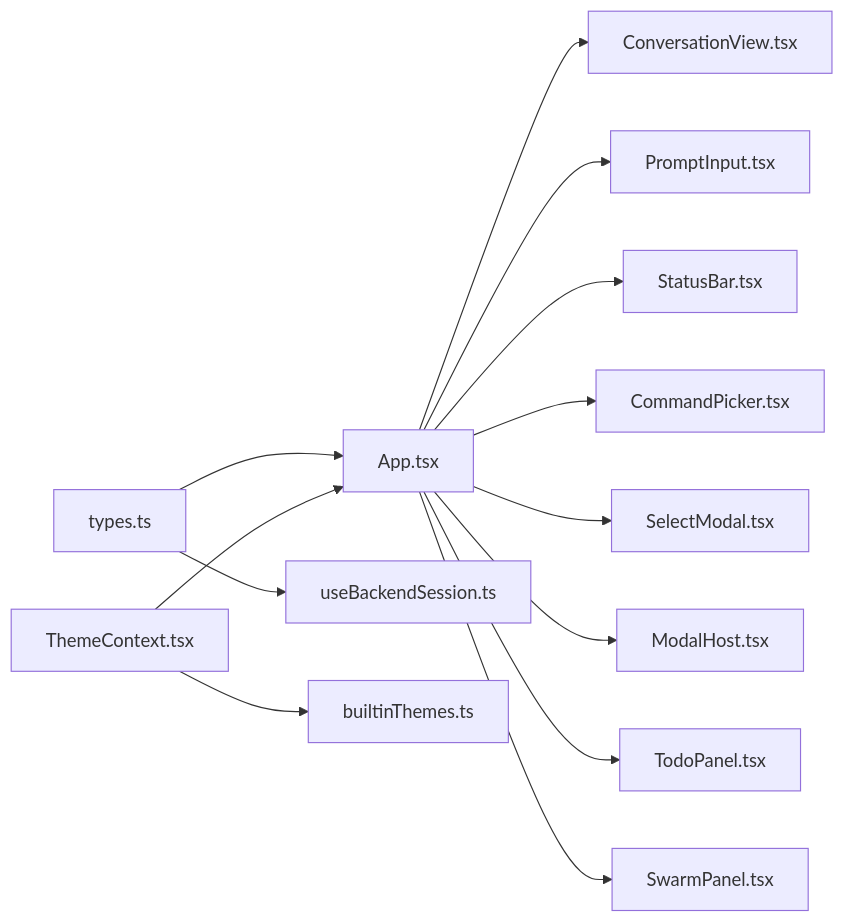
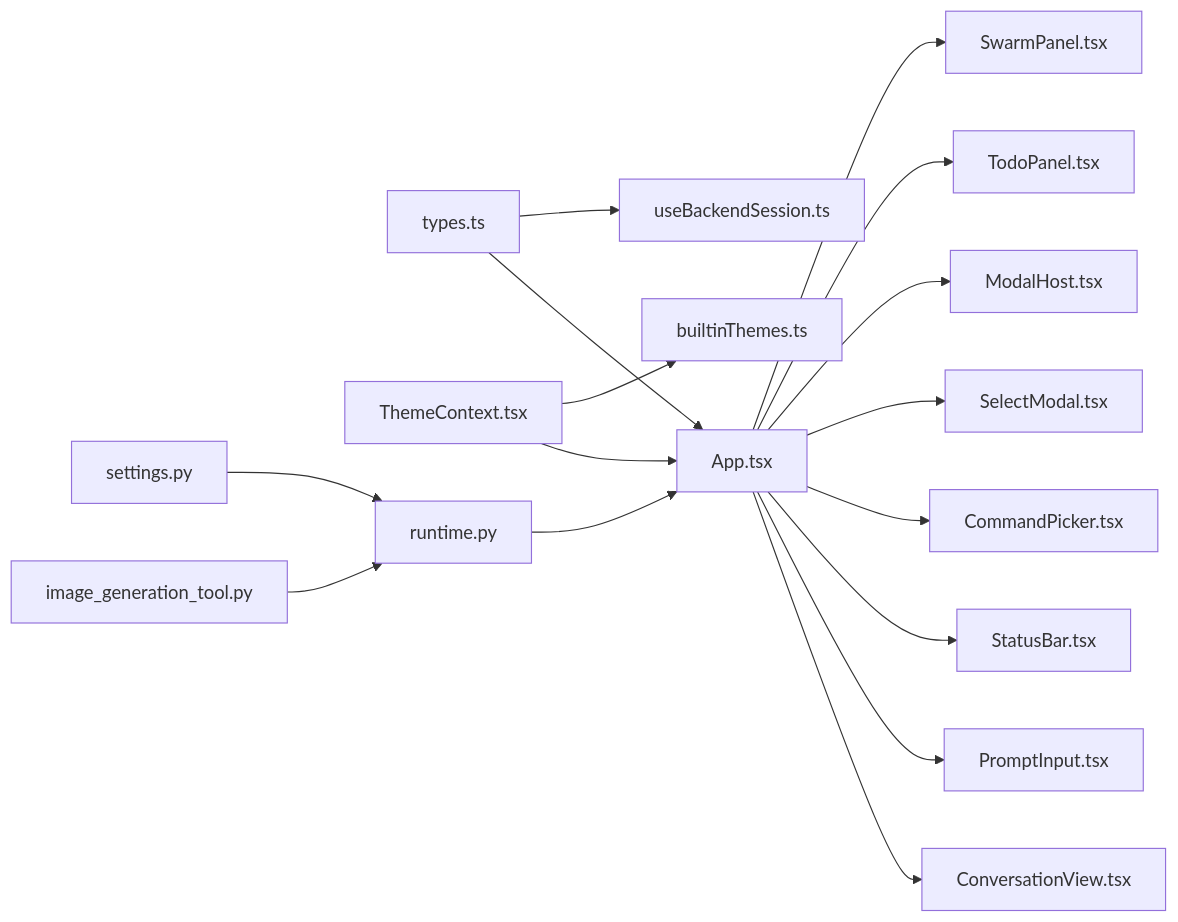
One commit to tea4go/OpenHarness changed the seventh of 7 diagrams in .qoder/repowiki/zh/content/用户界面/用户界面.md. Above: the diagram before and after it, drawn with Mermaid. The commit also changed other lines of this file and 4 other files, not shown here.

First line of the commit message:
docs(ui): 增强UI运行时与图像生成工具支持

````diff
--- a/.qoder/repowiki/zh/content/用户界面/用户界面.md
+++ b/.qoder/repowiki/zh/content/用户界面/用户界面.md
@@ -393,15 +493,18 @@
 ```mermaid
 graph LR
 Types["types.ts"] --> App["App.tsx"]
 Types --> Hook["useBackendSession.ts"]
 App --> Conv["ConversationView.tsx"]
 App --> Prompt["PromptInput.tsx"]
 App --> Status["StatusBar.tsx"]
 App --> Cmd["CommandPicker.tsx"]
 App --> Sel["SelectModal.tsx"]
 App --> Mod["ModalHost.tsx"]
 App --> Todo["TodoPanel.tsx"]
 App --> Swarm["SwarmPanel.tsx"]
 Theme["ThemeContext.tsx"] --> App
 Theme --> Built["builtinThemes.ts"]
+Runtime["runtime.py"] --> App
+ImageTool["image_generation_tool.py"] --> Runtime
+Config["settings.py"] --> Runtime
 ```
````
